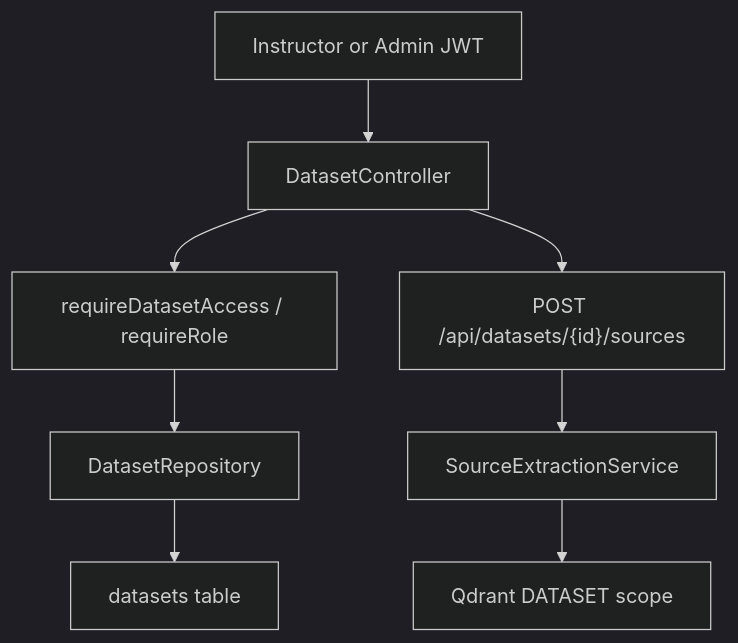
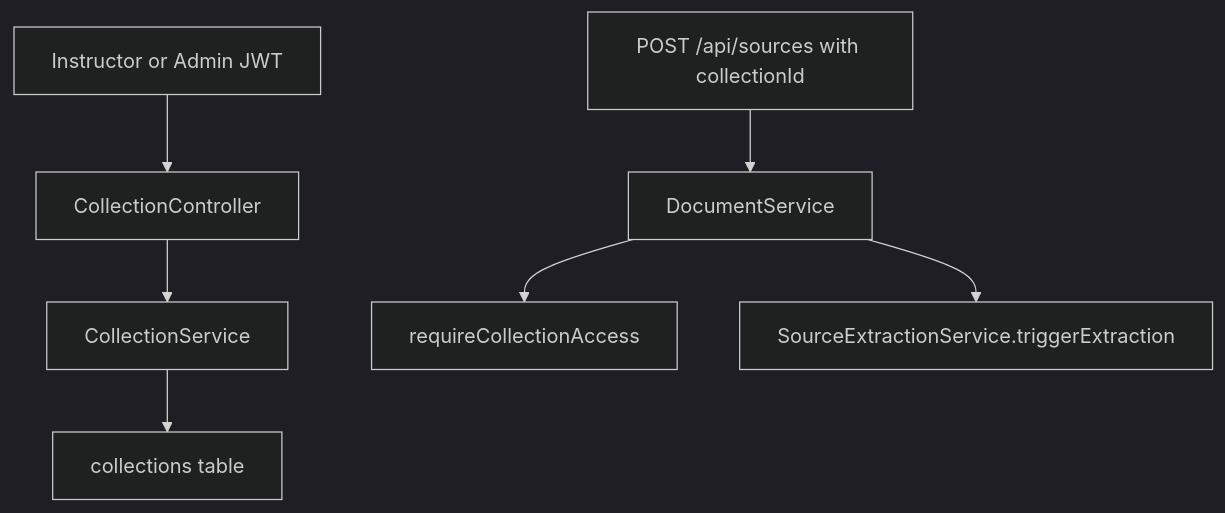
One commit to MinhKien17/SEP490_Prototype changed the fifth of 10 diagrams in README.md. Above: the diagram before and after it, drawn with Mermaid (dark theme). The commit also changed other lines of this file, not shown here.

````diff
--- a/README.md
+++ b/README.md
@@ -250,10 +267,9 @@
 ```mermaid
 flowchart TD
-    Instructor["Instructor or Admin JWT"] --> DatasetController
-    DatasetController --> Access["requireDatasetAccess / requireRole"]
-    Access --> DatasetRepo["DatasetRepository"]
-    DatasetRepo --> MySQL["datasets table"]
-    DatasetController --> SourceUpload["POST /api/datasets/{id}/sources"]
-    SourceUpload --> Extraction["SourceExtractionService"]
-    Extraction --> Qdrant["Qdrant DATASET scope"]
+    Instructor["Instructor or Admin JWT"] --> CollectionController
+    CollectionController --> CollectionService
+    CollectionService --> MySQL["collections table"]
+    SourceUpload["POST /api/sources with collectionId"] --> DocumentService
+    DocumentService --> Access["requireCollectionAccess"]
+    DocumentService --> Queue["SourceExtractionService.triggerExtraction"]
 ```
````
